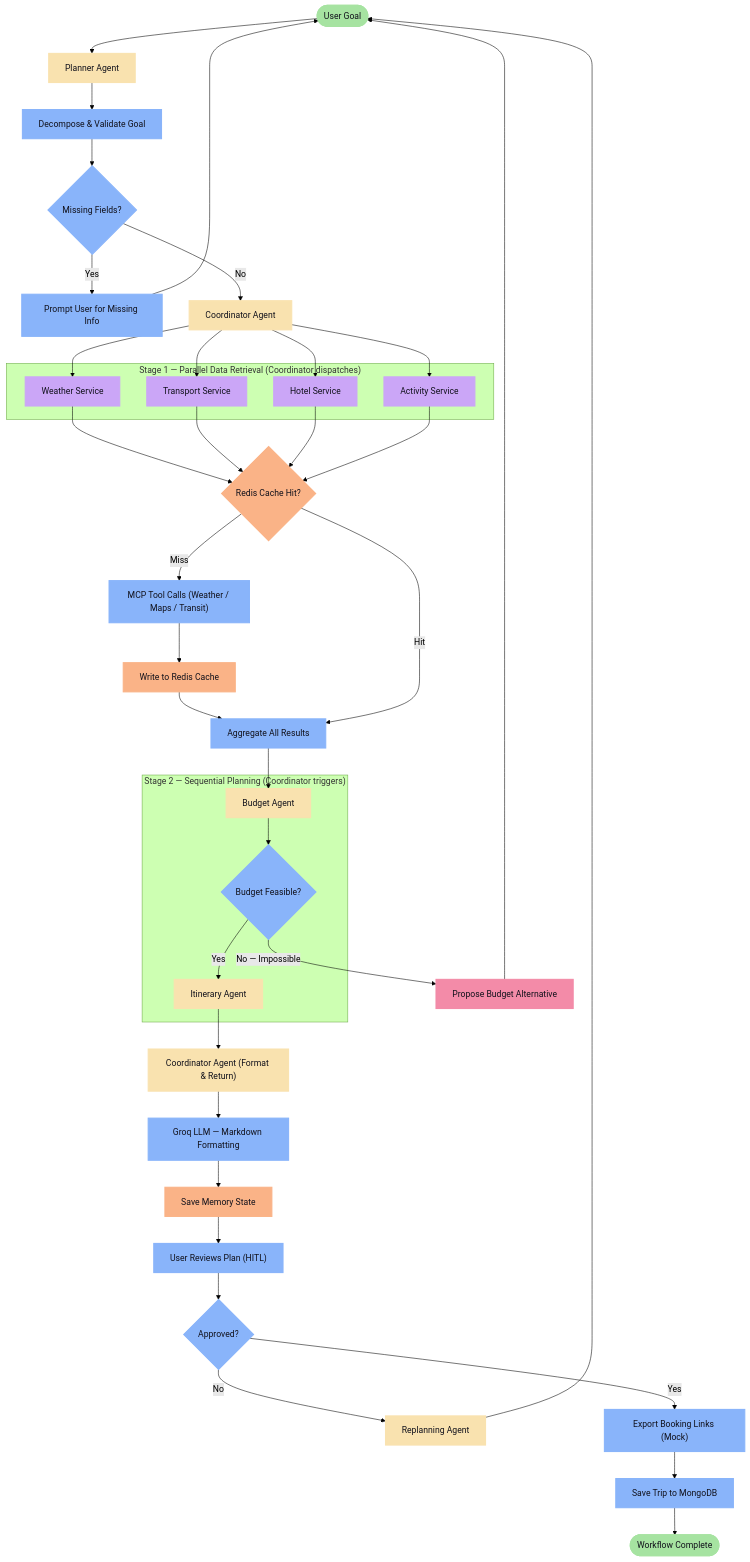
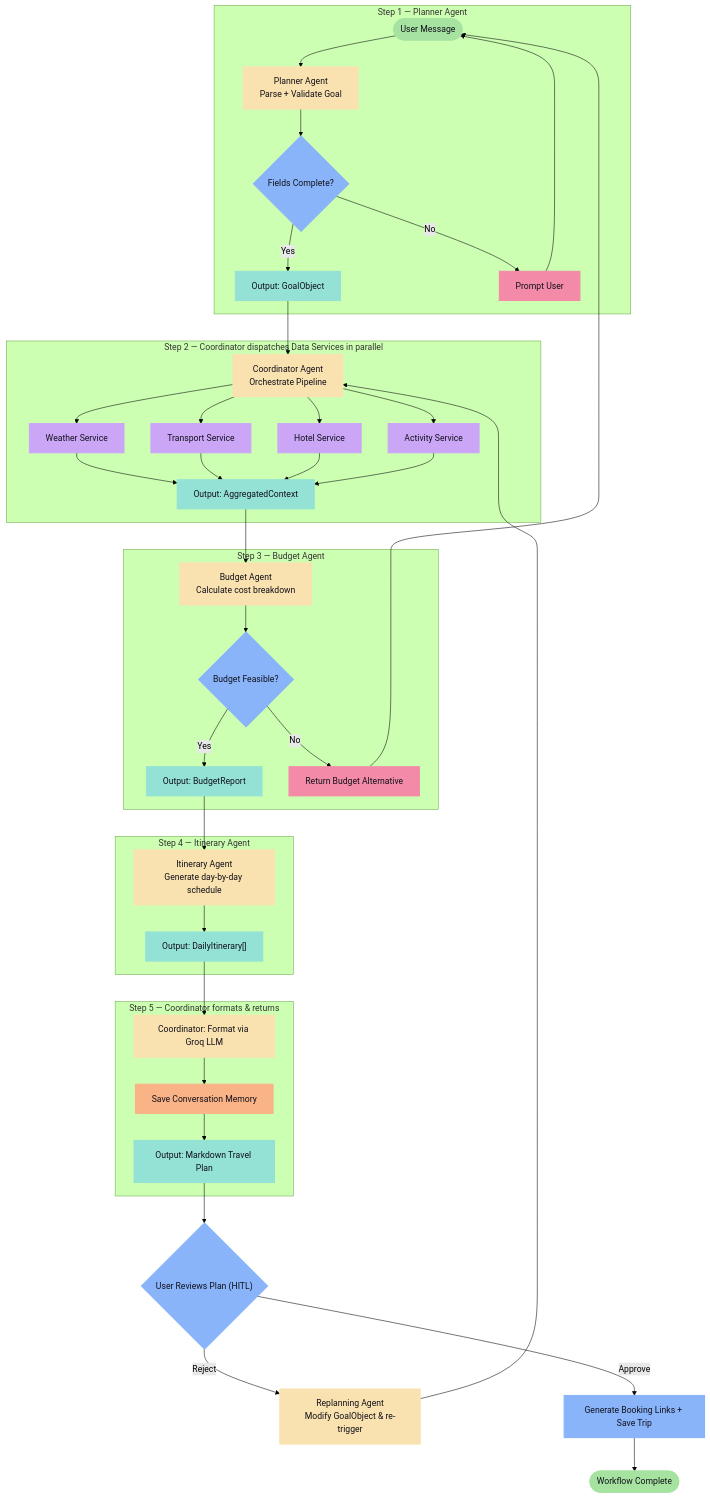
The second of 5 diagrams in README.md (Dhayananth1511/AI-Travel-Planner_CapStoneProject_Presidio_InternShip), drawn with Mermaid (forest theme) before and after one commit. The commit also changed other lines of this file, not shown here.

Commit message:
Flow chart updated

````diff
--- a/README.md
+++ b/README.md
@@ -129,68 +211,77 @@
 ```mermaid
 graph TD
     classDef startEnd fill:#a6e3a1,stroke:#a6e3a1,stroke-width:2px,color:#11111b;
     classDef process fill:#89b4fa,stroke:#89b4fa,stroke-width:2px,color:#11111b;
     classDef agent fill:#f9e2af,stroke:#f9e2af,stroke-width:2px,color:#11111b;
     classDef service fill:#cba6f7,stroke:#cba6f7,stroke-width:2px,color:#11111b;
     classDef cache fill:#fab387,stroke:#fab387,stroke-width:2px,color:#11111b;
     classDef error fill:#f38ba8,stroke:#f38ba8,stroke-width:2px,color:#11111b;
+    classDef output fill:#94e2d5,stroke:#94e2d5,stroke-width:2px,color:#11111b;
 
-    Goal([User Goal]):::startEnd --> PlannerAgent["Planner Agent"]:::agent
-    PlannerAgent --> Decompose["Decompose & Validate Goal"]:::process
+    UserMsg([User Message]):::startEnd --> PlannerAgent
 
-    Decompose --> MissingInfo{"Missing Fields?"}:::process
-    MissingInfo -->|Yes| Clarify["Prompt User for Missing Info"]:::process
-    Clarify --> Goal
+    subgraph Step1 ["Step 1 — Planner Agent"]
+        PlannerAgent["Planner Agent\nParse + Validate Goal"]:::agent
+        GoalOut["Output: GoalObject"]:::output
+        MissingCheck{"Fields Complete?"}:::process
+        PlannerAgent --> MissingCheck
+        MissingCheck -->|No| Clarify["Prompt User"]:::error
+        Clarify --> UserMsg
+        MissingCheck -->|Yes| GoalOut
+    end
 
-    MissingInfo -->|No| Coordinator["Coordinator Agent"]:::agent
+    GoalOut --> Coordinator
 
-    %% --- Stage 1: Parallel Data Services ---
-    subgraph Parallel ["Stage 1 — Parallel Data Retrieval (Coordinator dispatches)"]
+    subgraph Step2 ["Step 2 — Coordinator dispatches Data Services in parallel"]
+        Coordinator["Coordinator Agent\nOrchestrate Pipeline"]:::agent
         WeatherSvc["Weather Service"]:::service
         TransportSvc["Transport Service"]:::service
         HotelSvc["Hotel Service"]:::service
         ActivitySvc["Activity Service"]:::service
+        AggOut["Output: AggregatedContext"]:::output
+
+        Coordinator --> WeatherSvc
+        Coordinator --> TransportSvc
+        Coordinator --> HotelSvc
+        Coordinator --> ActivitySvc
+        WeatherSvc --> AggOut
+        TransportSvc --> AggOut
+        HotelSvc --> AggOut
+        ActivitySvc --> AggOut
     end
 
-    Coordinator --> WeatherSvc
-    Coordinator --> TransportSvc
-    Coordinator --> HotelSvc
-    Coordinator --> ActivitySvc
+    AggOut --> BudgetAgent
 
-    WeatherSvc --> CacheCheck{"Redis Cache Hit?"}:::cache
-    TransportSvc --> CacheCheck
-    HotelSvc --> CacheCheck
-    ActivitySvc --> CacheCheck
-
-    CacheCheck -->|Miss| MCPTools["MCP Tool Calls (Weather / Maps / Transit)"]:::process
-    MCPTools --> WriteCache["Write to Redis Cache"]:::cache
-    WriteCache --> Aggregate
-
-    CacheCheck -->|Hit| Aggregate["Aggregate All Results"]:::process
-
-    %% --- Stage 2: Sequential Planning ---
-    subgraph Sequential ["Stage 2 — Sequential Planning (Coordinator triggers)"]
-        BudgetAgent["Budget Agent"]:::agent
+    subgraph Step3 ["Step 3 — Budget Agent"]
+        BudgetAgent["Budget Agent\nCalculate cost breakdown"]:::agent
         BudgetCheck{"Budget Feasible?"}:::process
-        ItinAgent["Itinerary Agent"]:::agent
+        BudgetOut["Output: BudgetReport"]:::output
+        BudgetAgent --> BudgetCheck
+        BudgetCheck -->|No| AltBudget["Return Budget Alternative"]:::error
+        AltBudget --> UserMsg
+        BudgetCheck -->|Yes| BudgetOut
     end
 
-    Aggregate --> BudgetAgent
-    BudgetAgent --> BudgetCheck
-    BudgetCheck -->|No — Impossible| AltBudget["Propose Budget Alternative"]:::error
-    AltBudget --> Goal
-    BudgetCheck -->|Yes| ItinAgent
+    BudgetOut --> ItinAgent
 
-    ItinAgent --> Coordinator2["Coordinator Agent (Format & Return)"]:::agent
-    Coordinator2 --> LLMFormat["Groq LLM — Markdown Formatting"]:::process
-    LLMFormat --> SaveMemory["Save Memory State"]:::cache
-    SaveMemory --> UserReview["User Reviews Plan (HITL)"]:::process
+    subgraph Step4 ["Step 4 — Itinerary Agent"]
+        ItinAgent["Itinerary Agent\nGenerate day-by-day schedule"]:::agent
+        ItinOut["Output: DailyItinerary[]"]:::output
+        ItinAgent --> ItinOut
+    end
 
-    UserReview --> Approved{"Approved?"}:::process
-    Approved -->|No| ReplanAgent["Replanning Agent"]:::agent
-    ReplanAgent --> Goal
+    ItinOut --> FormatStep
 
-    Approved -->|Yes| MockExport["Export Booking Links (Mock)"]:::process
-    MockExport --> SaveTrip["Save Trip to MongoDB"]:::process
-    SaveTrip --> Done([Workflow Complete]):::startEnd
+    subgraph Step5 ["Step 5 — Coordinator formats & returns"]
+        FormatStep["Coordinator: Format via Groq LLM"]:::agent
+        SaveMem["Save Conversation Memory"]:::cache
+        PlanOut["Output: Markdown Travel Plan"]:::output
+        FormatStep --> SaveMem --> PlanOut
+    end
+
+    PlanOut --> HITL{"User Reviews Plan (HITL)"}:::process
+    HITL -->|Reject| ReplanAgent["Replanning Agent\nModify GoalObject & re-trigger"]:::agent
+    ReplanAgent --> Coordinator
+    HITL -->|Approve| BookLinks["Generate Booking Links + Save Trip"]:::process
+    BookLinks --> Done([Workflow Complete]):::startEnd
 ```
````
